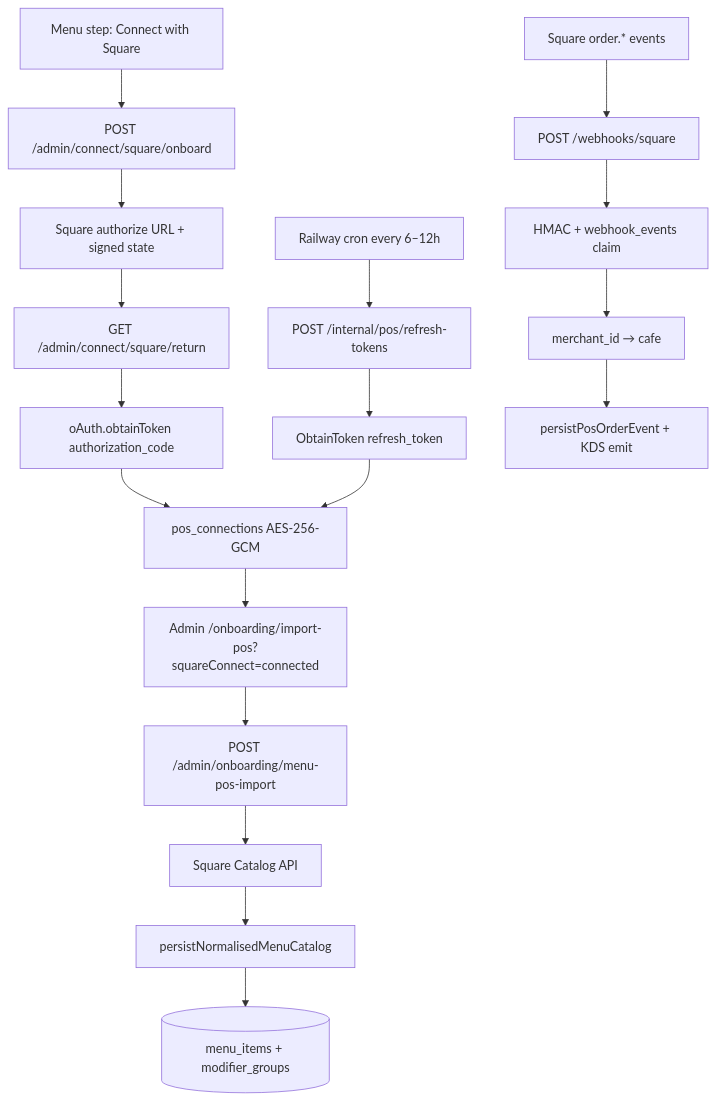
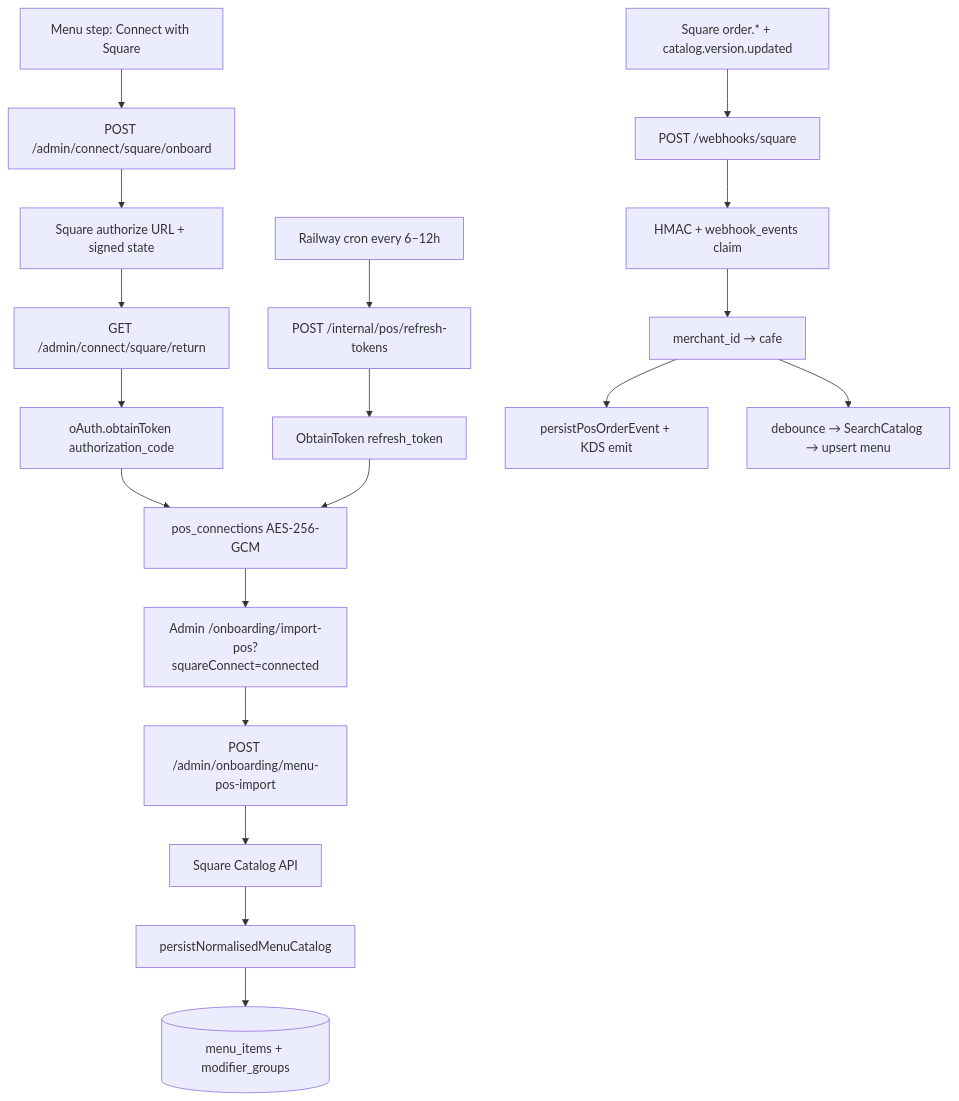
The diagram in docs/square-oauth.md (SeanIntegrator/moonshot), drawn with Mermaid before and after one commit. The commit also changed other lines of this file and 41 other files, not shown here.

````diff
--- a/docs/square-oauth.md
+++ b/docs/square-oauth.md
@@ -9,22 +9,23 @@
 ```mermaid
 flowchart TD
   Choice["Menu step: Connect with Square"] --> Onboard["POST /admin/connect/square/onboard"]
   Onboard --> Authorize["Square authorize URL + signed state"]
   Authorize --> Ret["GET /admin/connect/square/return"]
   Ret --> Token["oAuth.obtainToken authorization_code"]
   Token --> Store["pos_connections AES-256-GCM"]
   Store --> SPA["Admin /onboarding/import-pos?squareConnect=connected"]
   SPA --> Import["POST /admin/onboarding/menu-pos-import"]
   Import --> Catalog["Square Catalog API"]
   Catalog --> Persist["persistNormalisedMenuCatalog"]
   Persist --> PG[(menu_items + modifier_groups)]
 
   Cron["Railway cron every 6–12h"] --> Refresh["POST /internal/pos/refresh-tokens"]
   Refresh --> Obtain["ObtainToken refresh_token"]
   Obtain --> Store
 
-  SquareWH["Square order.* events"] --> WH["POST /webhooks/square"]
+  SquareWH["Square order.* + catalog.version.updated"] --> WH["POST /webhooks/square"]
   WH --> Verify["HMAC + webhook_events claim"]
   Verify --> Route["merchant_id → cafe"]
   Route --> Ingress["persistPosOrderEvent + KDS emit"]
+  Route --> CatSync["debounce → SearchCatalog → upsert menu"]
 ```
````
